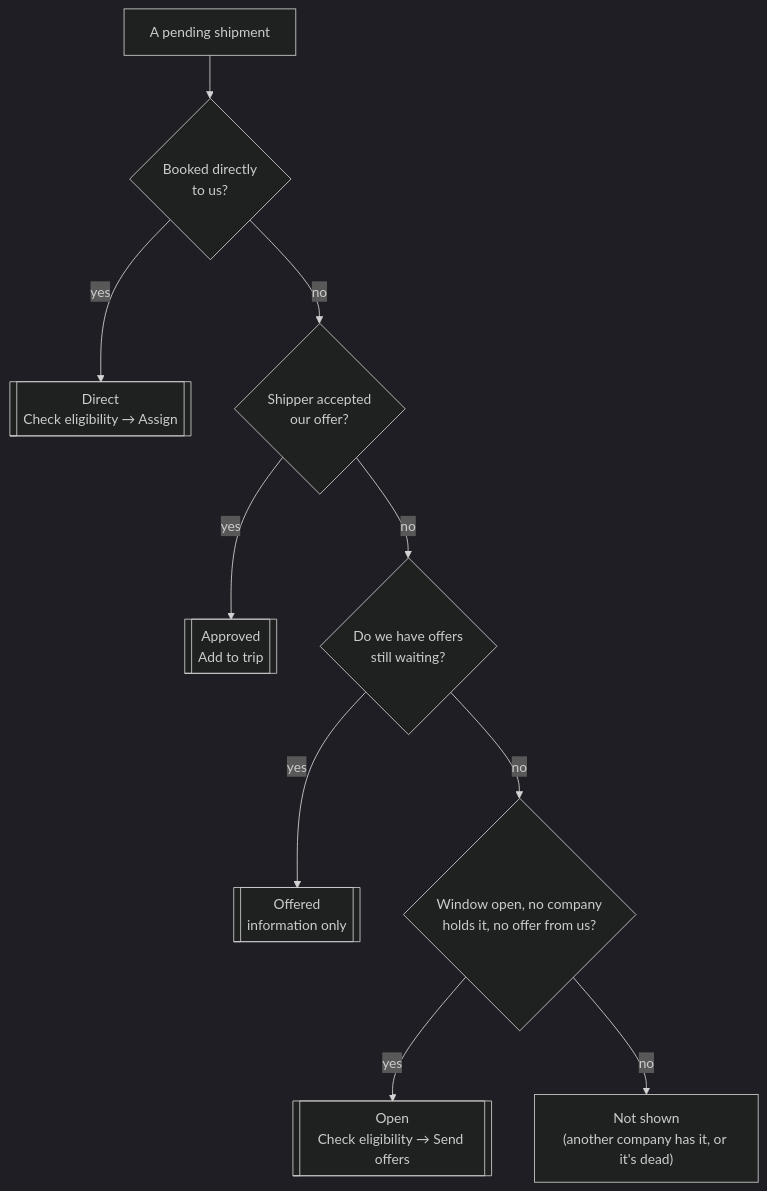
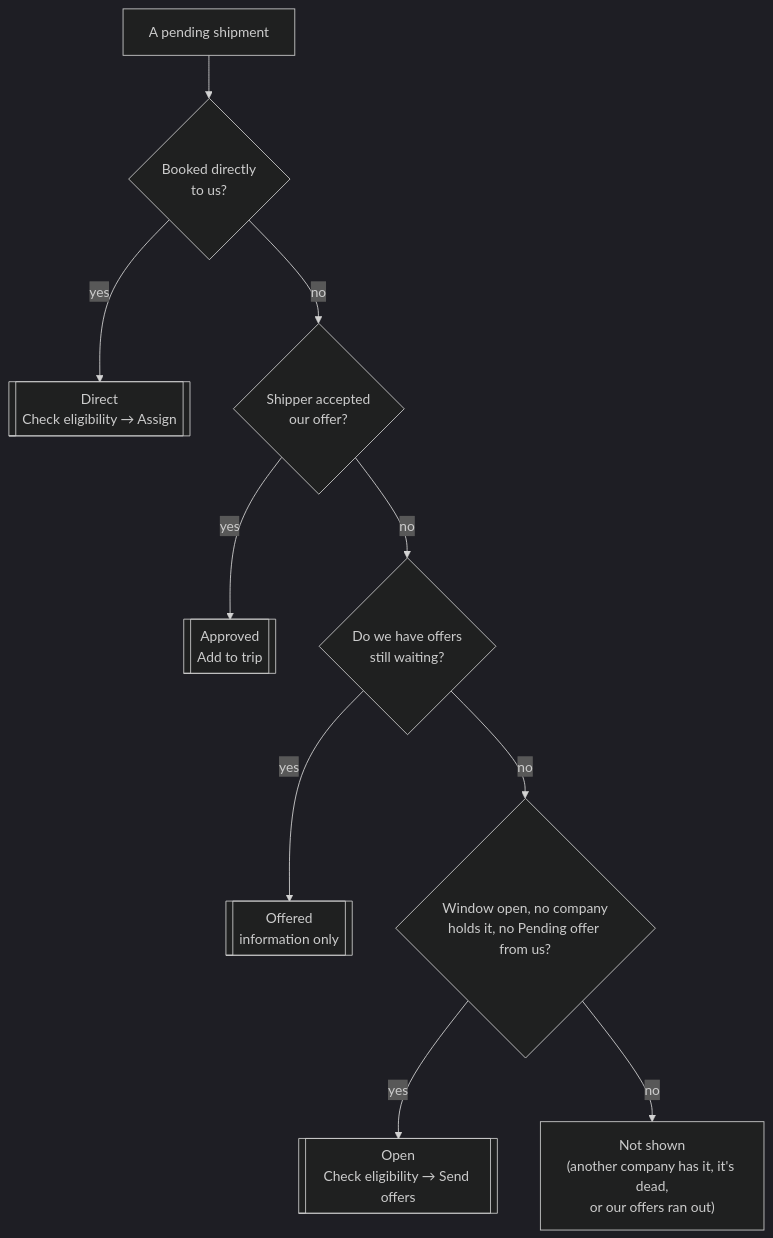
Before and after one commit to RTO-The-Coder/freight-marketplace: diagram 12 of 15 in freight-domain-model.md, drawn with Mermaid (dark theme). The commit also changed other lines of this file and 8 other files, not shown here.

First line of the commit message:
Docs: correct scenario count, Add to trip check and run-out offers

````diff
--- a/freight-domain-model.md
+++ b/freight-domain-model.md
@@ -282,12 +282,12 @@
 ```mermaid
 flowchart TD
     S["A pending shipment"] --> D{"Booked directly<br/>to us?"}
     D -- yes --> LD[["Direct<br/>Check eligibility → Assign"]]
     D -- no --> A{"Shipper accepted<br/>our offer?"}
     A -- yes --> LA[["Approved<br/>Add to trip"]]
     A -- no --> O{"Do we have offers<br/>still waiting?"}
     O -- yes --> LO[["Offered<br/>information only"]]
-    O -- no --> W{"Window open, no company<br/>holds it, no offer from us?"}
+    O -- no --> W{"Window open, no company<br/>holds it, no Pending offer from us?"}
     W -- yes --> LOP[["Open<br/>Check eligibility → Send offers"]]
-    W -- no --> H["Not shown<br/>(another company has it, or it's dead)"]
+    W -- no --> H["Not shown<br/>(another company has it, it's dead,<br/>or our offers ran out)"]
 ```
````
